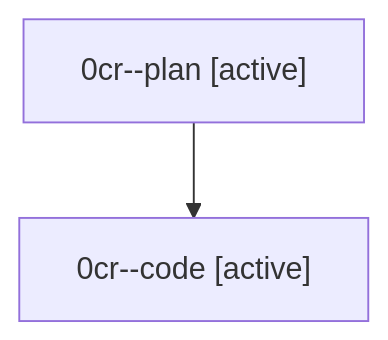
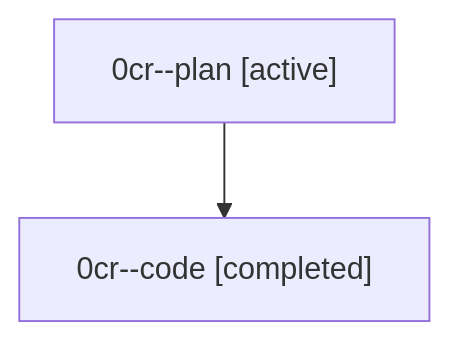
Before and after one commit to sase-org/sase--agents: the diagram in families/bbugyi200.athena.0cr.md, drawn with Mermaid. The commit also changed other lines of this file and 35830 other files, not shown here.

````diff
--- a/families/bbugyi200.athena.0cr.md
+++ b/families/bbugyi200.athena.0cr.md
@@ -9,6 +9,6 @@
 ```mermaid
 flowchart TD
   n0["0cr--plan [active]"]
-  n1["0cr--code [active]"]
+  n1["0cr--code [completed]"]
   n0 --> n1
 ```
````
